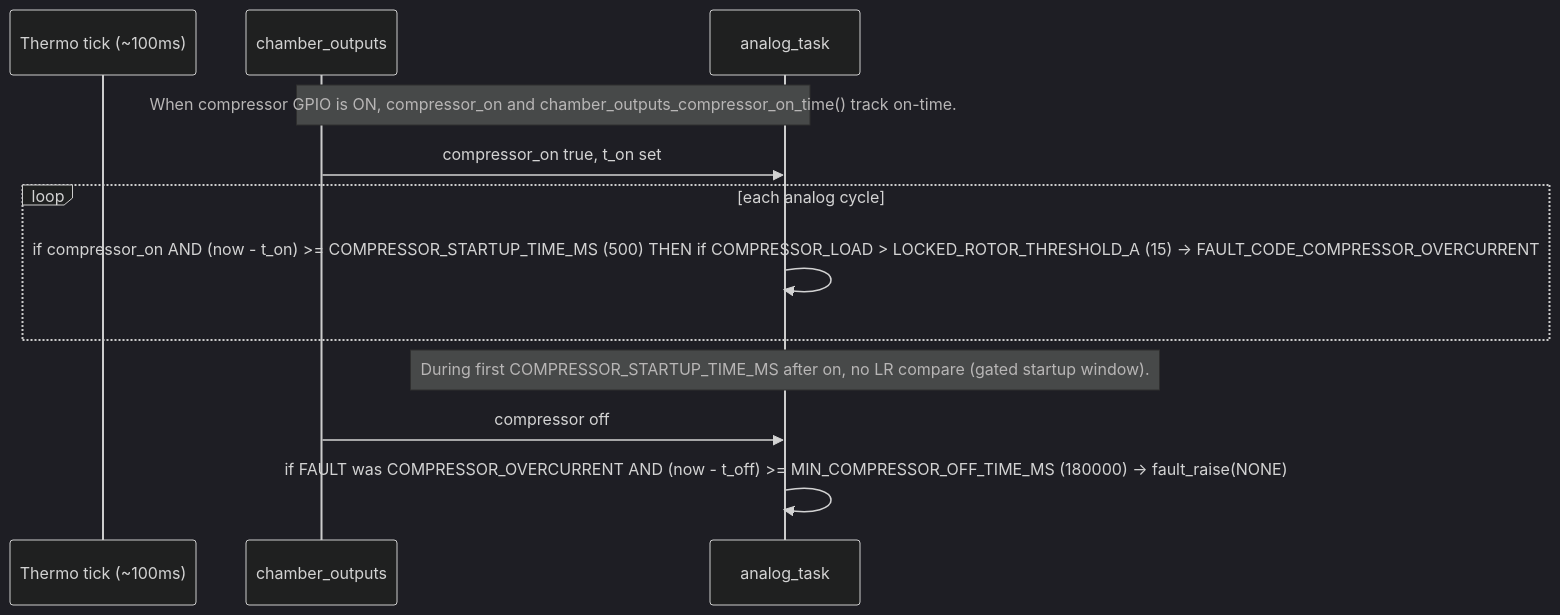
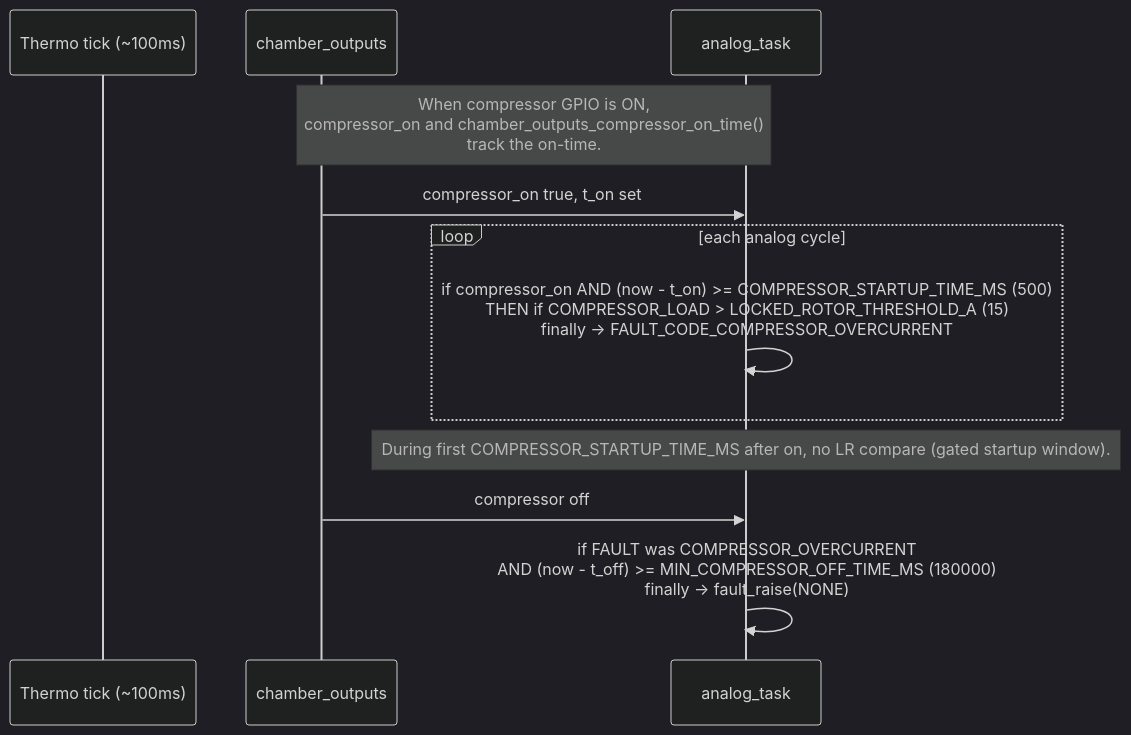
One commit to Team-Thermocline/Controller changed the third of 3 diagrams in Firmware/README.md. Above: the diagram before and after it, drawn with Mermaid (dark theme). The commit also changed other lines of this file and 1 other file, not shown here.

Commit message:
Add FSM graphs and catch a tricky little fault reset bug

````diff
--- a/Firmware/README.md
+++ b/Firmware/README.md
@@ -159,18 +147,18 @@
 ```mermaid
 sequenceDiagram
   participant T as Thermo tick (~100ms)
   participant O as chamber_outputs
   participant A as analog_task
 
-  Note over O,A: When compressor GPIO is ON, compressor_on and chamber_outputs_compressor_on_time() track on-time.
+  Note over O,A: When compressor GPIO is ON, <br> compressor_on and chamber_outputs_compressor_on_time() <br> track the on-time.
 
   O->>A: compressor_on true, t_on set
   loop each analog cycle
-    A->>A: if compressor_on AND (now - t_on) >= COMPRESSOR_STARTUP_TIME_MS (500) THEN if COMPRESSOR_LOAD > LOCKED_ROTOR_THRESHOLD_A (15) → FAULT_CODE_COMPRESSOR_OVERCURRENT
+    A->>A: if compressor_on AND (now - t_on) >= COMPRESSOR_STARTUP_TIME_MS (500) <br> THEN if COMPRESSOR_LOAD > LOCKED_ROTOR_THRESHOLD_A (15) <br> finally → FAULT_CODE_COMPRESSOR_OVERCURRENT
   end
 
   Note over A: During first COMPRESSOR_STARTUP_TIME_MS after on, no LR compare (gated startup window).
 
   O->>A: compressor off
-  A->>A: if FAULT was COMPRESSOR_OVERCURRENT AND (now - t_off) >= MIN_COMPRESSOR_OFF_TIME_MS (180000) → fault_raise(NONE)
+  A->>A: if FAULT was COMPRESSOR_OVERCURRENT <br> AND (now - t_off) >= MIN_COMPRESSOR_OFF_TIME_MS (180000) <br> finally → fault_raise(NONE)
 ```
````
